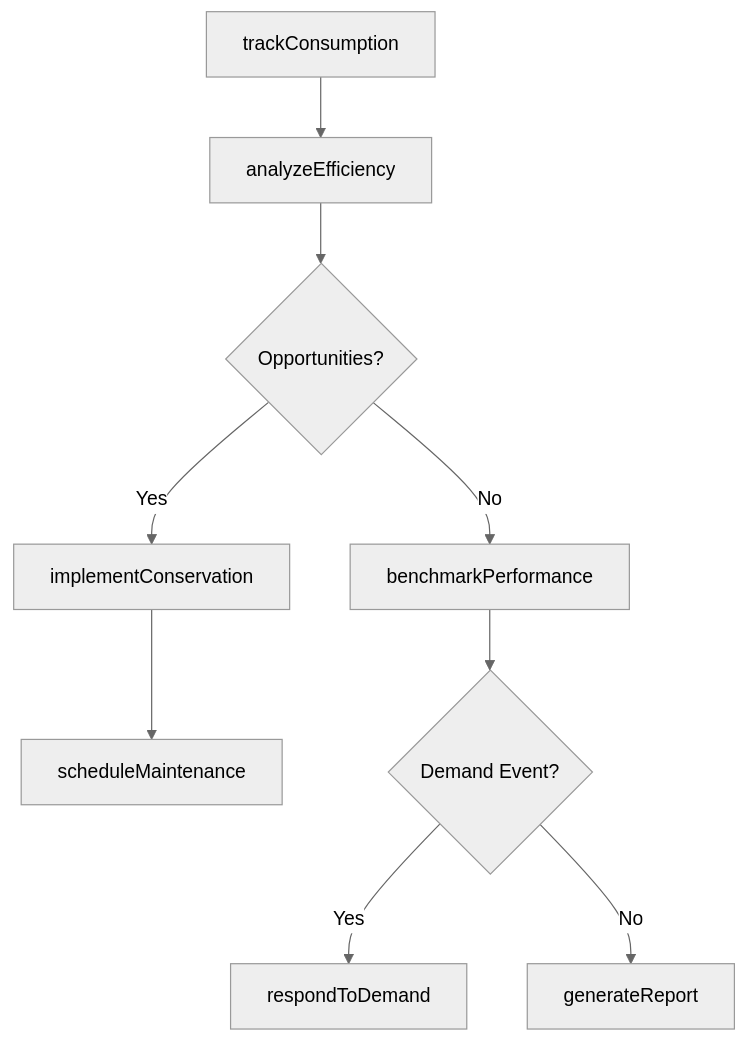
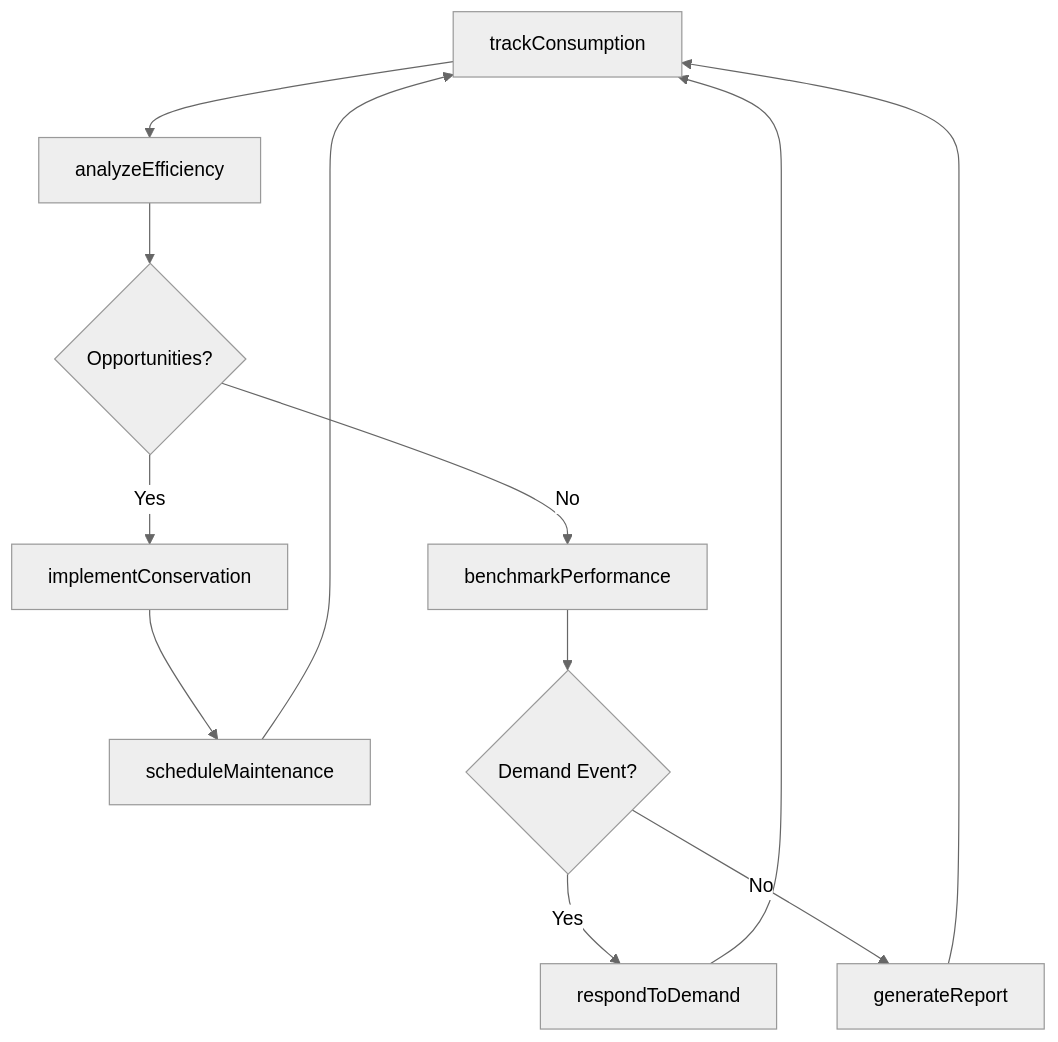
Before and after one commit to dot-org-ai/tasks.org.ai: the third of 4 diagrams in MonitoringProcessesMaterialsOrSurroundings/MonitorOperationsToEnsureAdequatePerformance/MonitorIndustrialEnergyConsumptionManagement.mdx, drawn with Mermaid (neutral theme). The commit also changed other lines of this file and 266 other files, not shown here.

First line of the commit message:
feat: Add ER diagrams, state diagrams to wave 2 batch (251 DWA files)

````diff
--- a/MonitoringProcessesMaterialsOrSurroundings/MonitorOperationsToEnsureAdequatePerformance/MonitorIndustrialEnergyConsumptionManagement.mdx
+++ b/MonitoringProcessesMaterialsOrSurroundings/MonitorOperationsToEnsureAdequatePerformance/MonitorIndustrialEnergyConsumptionManagement.mdx
@@ -87,11 +118,14 @@
 ```mermaid
 graph TD
     A[trackConsumption] --> B[analyzeEfficiency]
     B --> C{Opportunities?}
     C -->|Yes| D[implementConservation]
     C -->|No| E[benchmarkPerformance]
     D --> F[scheduleMaintenance]
+    F --> A
     E --> G{Demand Event?}
     G -->|Yes| H[respondToDemand]
     G -->|No| I[generateReport]
+    H --> A
+    I --> A
 ```
````
